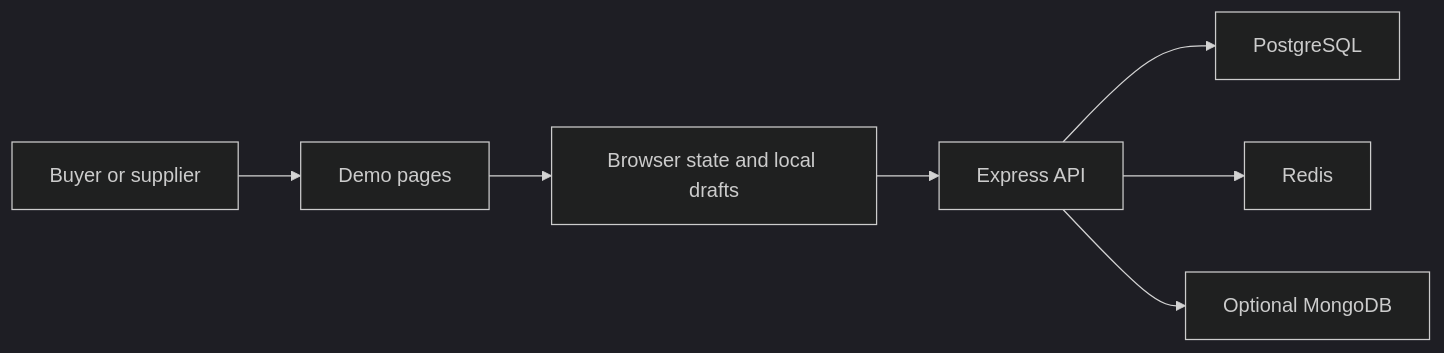
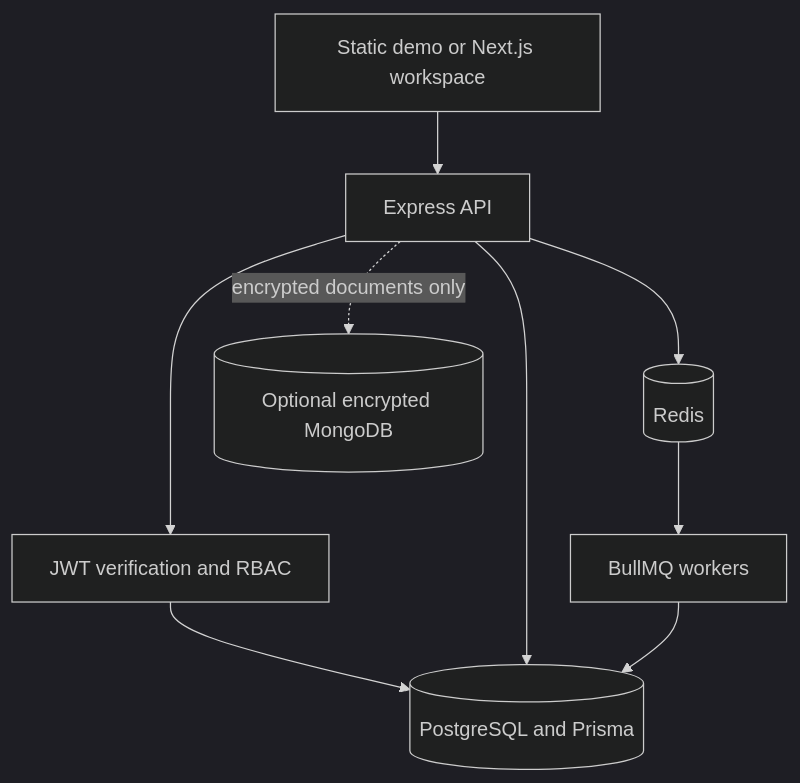
One commit to Gautam215/neev-b2b-marketplace changed the second of 22 diagrams in README.md. Above: the diagram before and after it, drawn with Mermaid (dark theme). The commit also changed other lines of this file and 31 other files, not shown here.

Commit message:
feat: harden API security and document architecture

````diff
--- a/README.md
+++ b/README.md
@@ -31,9 +36,18 @@
 ```mermaid
-flowchart LR
-  User[Buyer or supplier] --> Demo[Demo pages]
-  Demo --> Browser[Browser state and local drafts]
-  Browser --> API[Express API]
-  API --> Postgres[PostgreSQL]
-  API --> Redis[Redis]
-  API --> Mongo[Optional MongoDB]
+flowchart TB
+  Browser[Static demo or Next.js workspace]
+  API[Express API]
+  Auth[JWT verification and RBAC]
+  PG[(PostgreSQL and Prisma)]
+  Redis[(Redis)]
+  Workers[BullMQ workers]
+  Mongo[(Optional encrypted MongoDB)]
+  Browser --> API
+  API --> Auth
+  Auth --> PG
+  API --> PG
+  API --> Redis
+  Redis --> Workers
+  Workers --> PG
+  API -. encrypted documents only .-> Mongo
 ```
````
